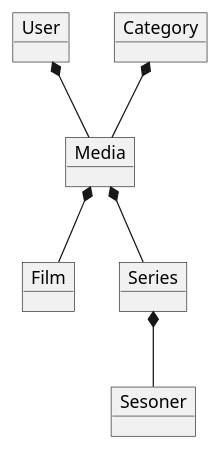
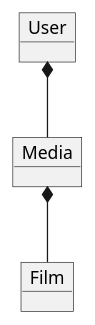
Before and after one commit to LauraRaun/Sp3Chill: the diagram in src/domæne.puml, drawn with PlantUML. The commit also changed 2 other files, not shown here.

Commit message:
domæne diagram og classe diagram

```diff
--- a/src/domæne.puml
+++ b/src/domæne.puml
@@ -1,15 +1,9 @@
 @startuml
 object User
 object Media
 User *-- Media
-object Category
-Category*-- Media
 object Film
 Media*--Film
-object Series
-Media*--Series
-object Sesoner
-Series*--Sesoner
 
 
 @enduml
```
